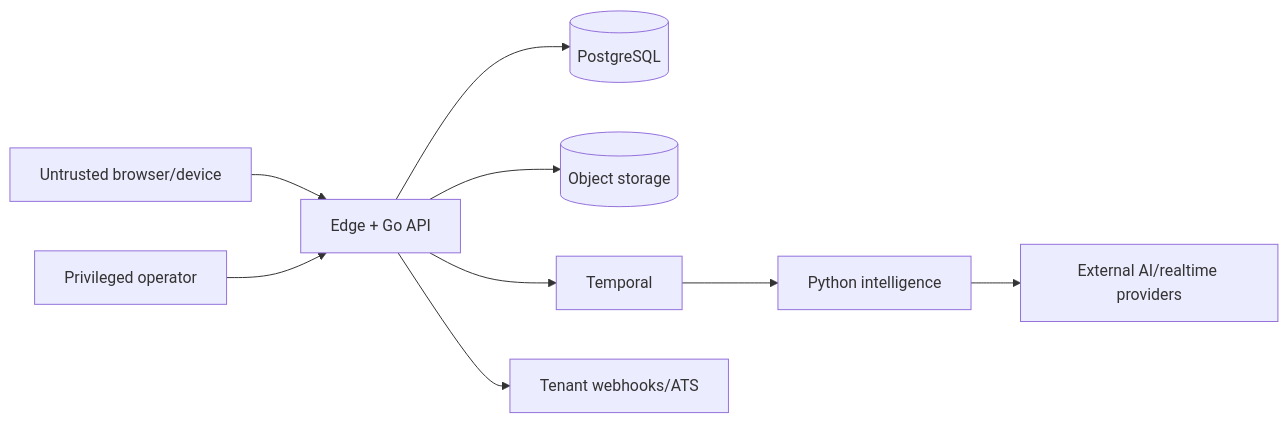
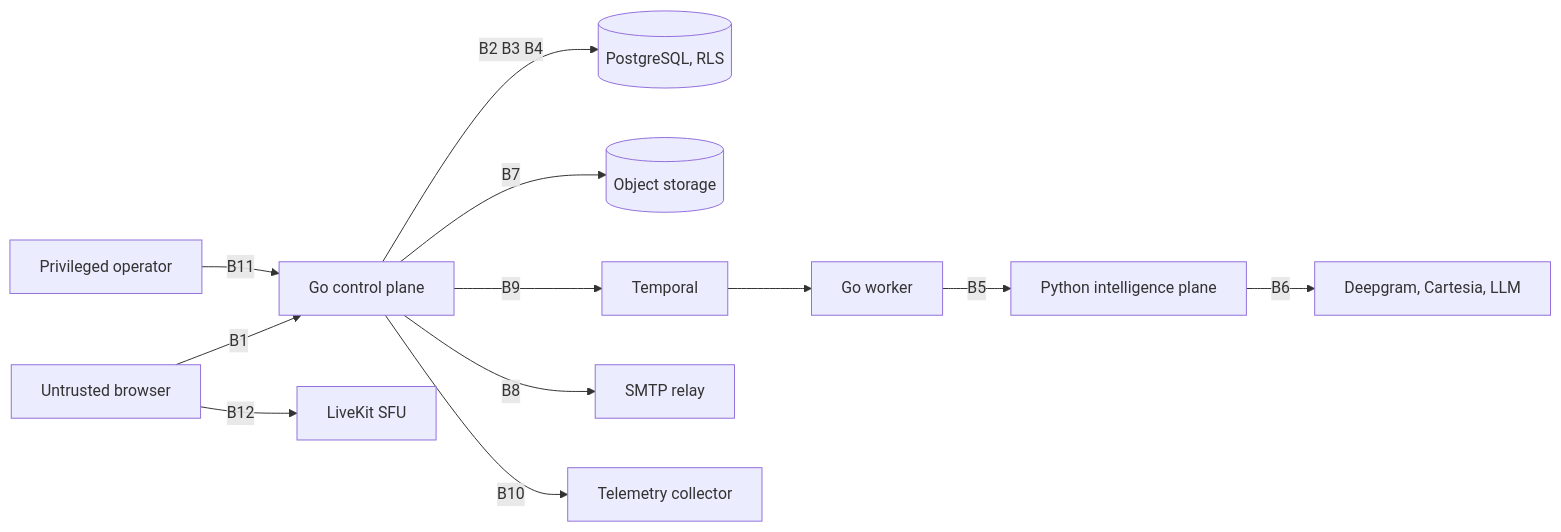
Before and after one commit to Yelethe1st/prepeet: the diagram in docs/security/threat-model.md, drawn with Mermaid. The commit also changed other lines of this file and 4 other files, not shown here.

````diff
--- a/docs/security/threat-model.md
+++ b/docs/security/threat-model.md
@@ -13,11 +82,14 @@
 ```mermaid
 flowchart LR
-    Browser[Untrusted browser/device] --> Edge[Edge + Go API]
-    Edge --> DB[(PostgreSQL)]
-    Edge --> S3[(Object storage)]
-    Edge --> Temporal[Temporal]
-    Temporal --> Python[Python intelligence]
-    Python --> AI[External AI/realtime providers]
-    Edge --> ATS[Tenant webhooks/ATS]
-    Operator[Privileged operator] --> Edge
+    Browser[Untrusted browser] -->|B1| API[Go control plane]
+    API -->|B2 B3 B4| DB[(PostgreSQL, RLS)]
+    API -->|B7| S3[(Object storage)]
+    API -->|B9| Temporal[Temporal]
+    Temporal --> Worker[Go worker]
+    Worker -->|B5| Python[Python intelligence plane]
+    Python -->|B6| Providers[Deepgram, Cartesia, LLM]
+    Browser -->|B12| LiveKit[LiveKit SFU]
+    API -->|B8| Relay[SMTP relay]
+    API -->|B10| Otel[Telemetry collector]
+    Operator[Privileged operator] -->|B11| API
 ```
````
